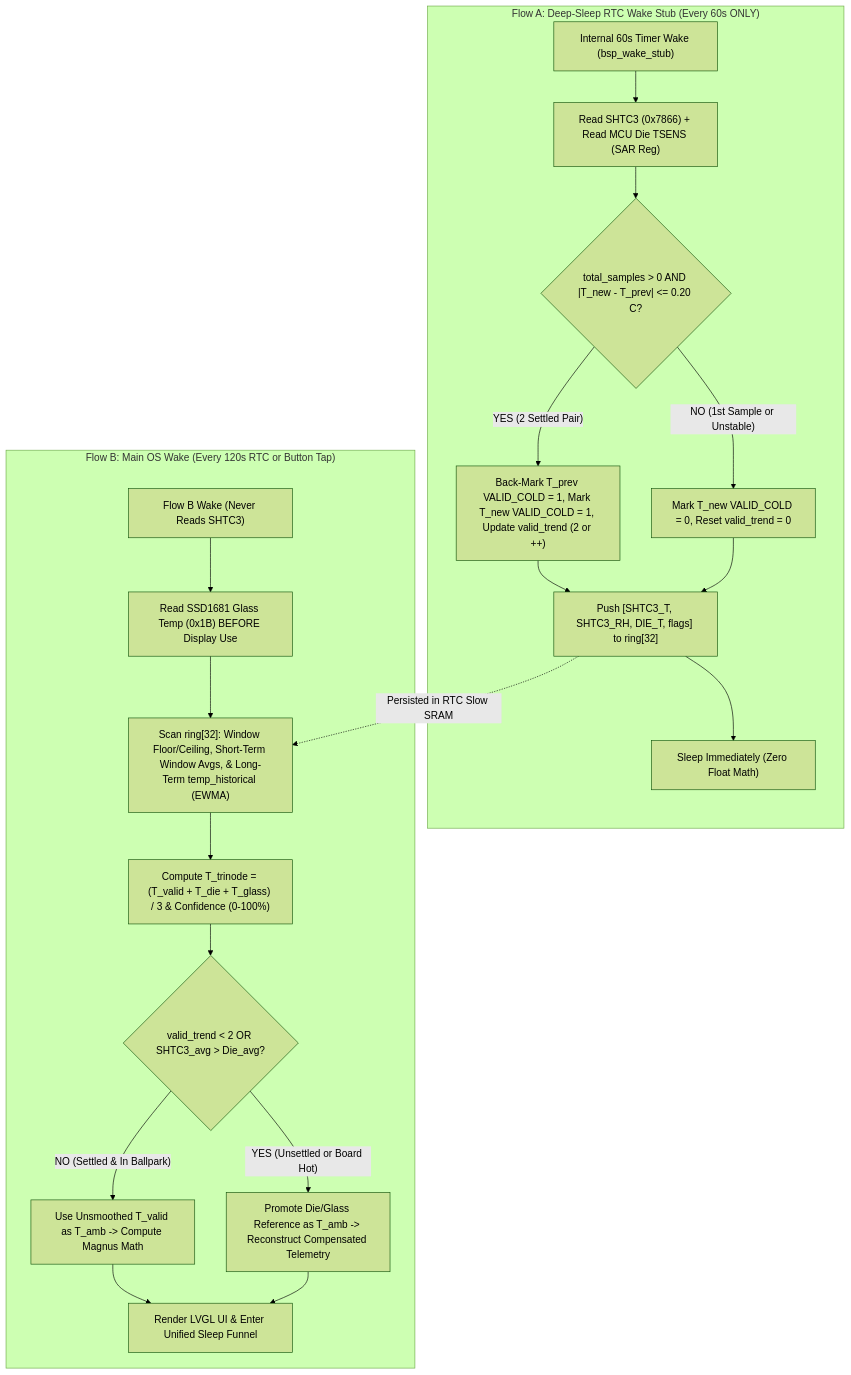
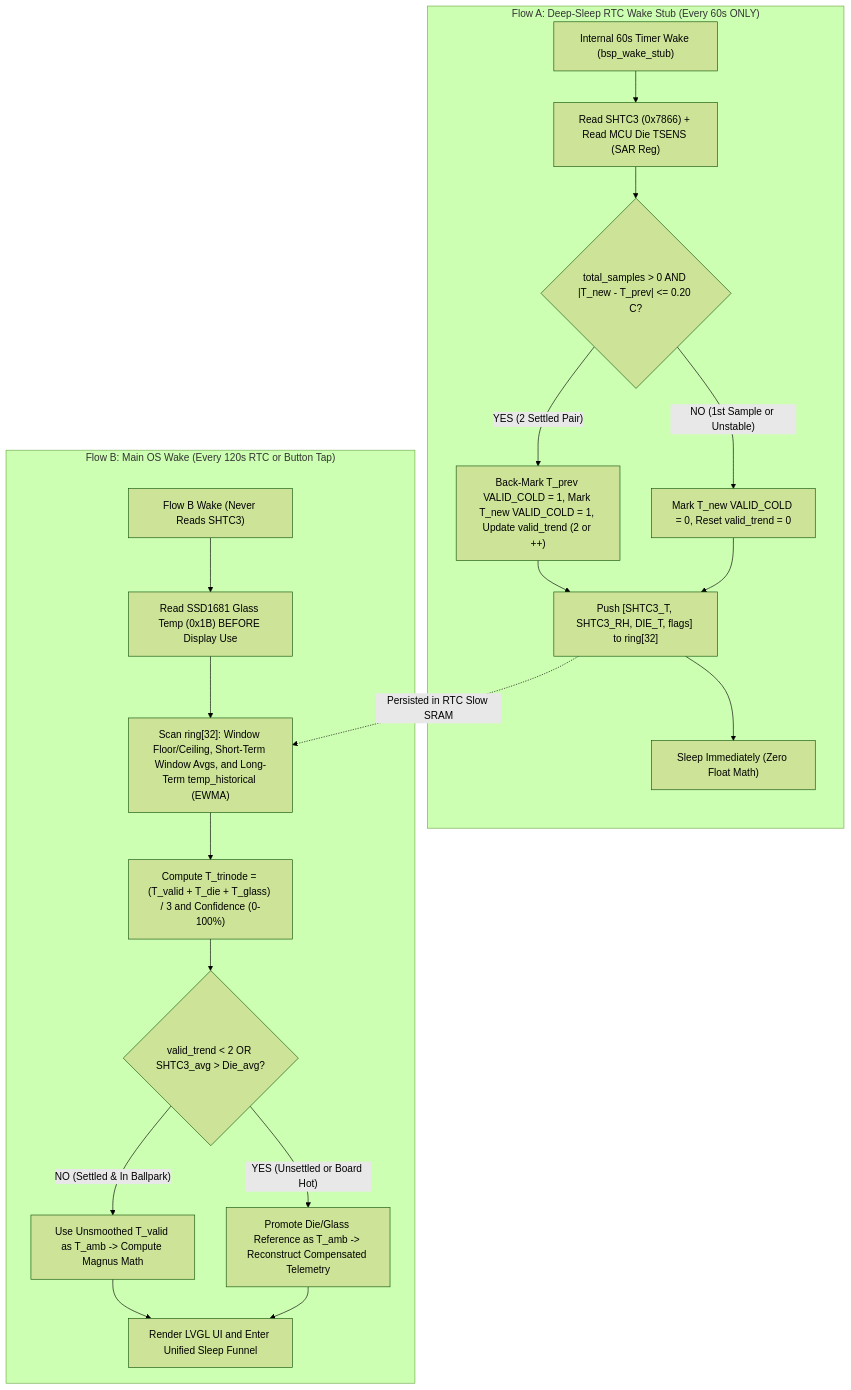
One commit to Humidyne-Labs/H1OS changed the diagram in docs/architecture/12_temperature_sensor_operation.md. Above: the diagram before and after it, drawn with Mermaid (forest theme). The commit also changed other lines of this file and 57 other files, not shown here.

````diff
--- a/docs/architecture/12_temperature_sensor_operation.md
+++ b/docs/architecture/12_temperature_sensor_operation.md
@@ -62,34 +62,34 @@
 ```mermaid
 graph TD;
     subgraph Flow_A_Domain ["Flow A: Deep-Sleep RTC Wake Stub (Every 60s ONLY)"]
         A_WAKE["Internal 60s Timer Wake (bsp_wake_stub)"];
         A_READ["Read SHTC3 (0x7866) + Read MCU Die TSENS (SAR Reg)"];
         A_GATE{"total_samples > 0 AND |T_new - T_prev| <= 0.20 C?"};
         A_COLD["Back-Mark T_prev VALID_COLD = 1, Mark T_new VALID_COLD = 1, Update valid_trend (2 or ++)"];
         A_HOT["Mark T_new VALID_COLD = 0, Reset valid_trend = 0"];
         A_RING["Push [SHTC3_T, SHTC3_RH, DIE_T, flags] to ring[32]"];
         A_SLP["Sleep Immediately (Zero Float Math)"];
 
         A_WAKE --> A_READ --> A_GATE;
         A_GATE -- "YES (2 Settled Pair)" --> A_COLD --> A_RING;
         A_GATE -- "NO (1st Sample or Unstable)" --> A_HOT --> A_RING;
         A_RING --> A_SLP;
     end;
 
     subgraph Flow_B_Domain ["Flow B: Main OS Wake (Every 120s RTC or Button Tap)"]
         B_WAKE["Flow B Wake (Never Reads SHTC3)"];
         B_GLASS["Read SSD1681 Glass Temp (0x1B) BEFORE Display Use"];
-        B_SCAN["Scan ring[32]: Window Floor/Ceiling, Short-Term Window Avgs, & Long-Term temp_historical (EWMA)"];
-        B_CONF["Compute T_trinode = (T_valid + T_die + T_glass) / 3 & Confidence (0-100%)"];
+        B_SCAN["Scan ring[32]: Window Floor/Ceiling, Short-Term Window Avgs, and Long-Term temp_historical (EWMA)"];
+        B_CONF["Compute T_trinode = (T_valid + T_die + T_glass) / 3 and Confidence (0-100%)"];
         B_CHK{"valid_trend < 2 OR SHTC3_avg > Die_avg?"};
         B_NORM["Use Unsmoothed T_valid as T_amb -> Compute Magnus Math"];
         B_PROMOTE["Promote Die/Glass Reference as T_amb -> Reconstruct Compensated Telemetry"];
-        B_UI["Render LVGL UI & Enter Unified Sleep Funnel"];
+        B_UI["Render LVGL UI and Enter Unified Sleep Funnel"];
 
         B_WAKE --> B_GLASS --> B_SCAN --> B_CONF --> B_CHK;
         B_CHK -- "NO (Settled & In Ballpark)" --> B_NORM --> B_UI;
         B_CHK -- "YES (Unsettled or Board Hot)" --> B_PROMOTE --> B_UI;
     end;
 
     A_RING -. "Persisted in RTC Slow SRAM" .-> B_SCAN;
 ```
````
